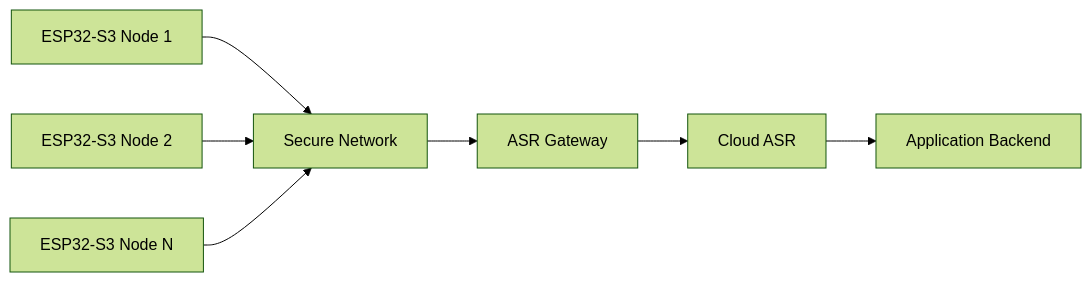
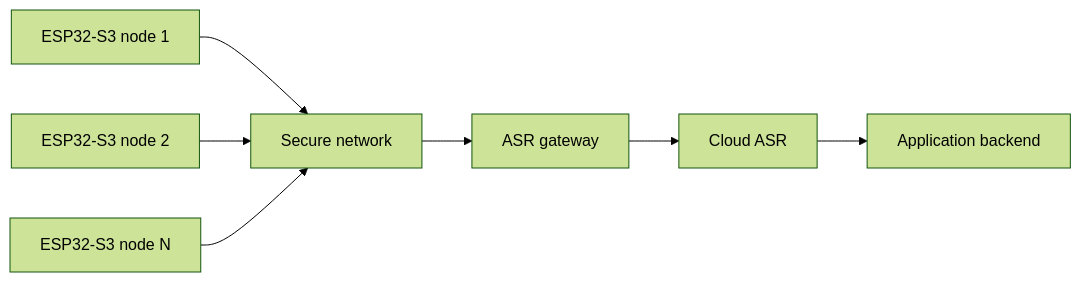
Diagram 12 of 12 in README.md (Raj24-dev/Kws), drawn with Mermaid (forest theme) before and after one commit. The commit also changed other lines of this file and 211 other files, not shown here.

````diff
--- a/README.md
+++ b/README.md
@@ -1474,19 +1017,17 @@
 ```mermaid
 flowchart LR
 
-    A["ESP32-S3 Node 1"]
-    B["ESP32-S3 Node 2"]
-    C["ESP32-S3 Node N"]
+    A["ESP32-S3 node 1"]
+    B["ESP32-S3 node 2"]
+    C["ESP32-S3 node N"]
 
-    D["Secure Network"]
-    E["ASR Gateway"]
+    D["Secure network"]
+    E["ASR gateway"]
     F["Cloud ASR"]
-    G["Application Backend"]
+    G["Application backend"]
 
     A --> D
     B --> D
     C --> D
-    D --> E
-    E --> F
-    F --> G
+    D --> E --> F --> G
 ```
````
